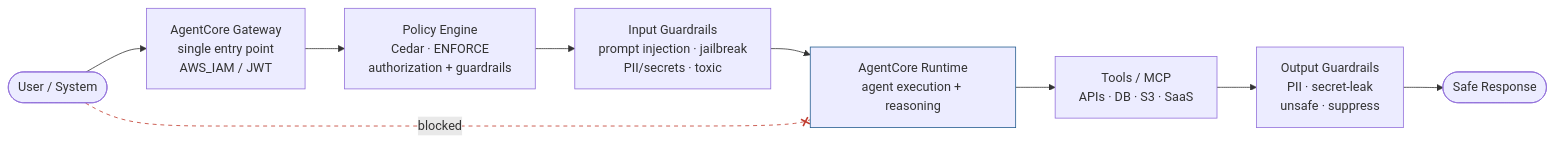
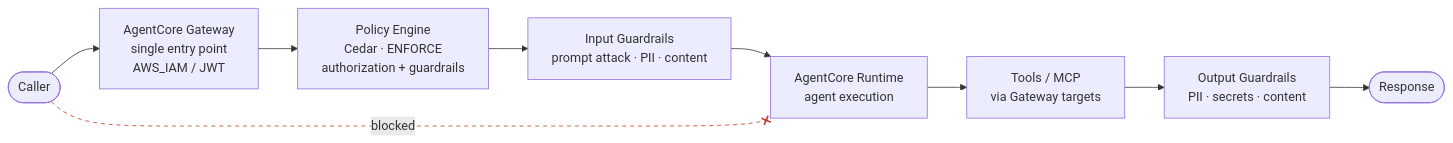
One commit to Preet2fun/ai-platform-on-aws changed the diagram in AI-PLATFORM/guardrails/README.md. Above: the diagram before and after it, drawn with Mermaid. The commit also changed other lines of this file and 26 other files, not shown here.

````diff
--- a/AI-PLATFORM/guardrails/README.md
+++ b/AI-PLATFORM/guardrails/README.md
@@ -23,13 +20,12 @@
 ```mermaid
 flowchart LR
-    U([User / System]) --> GW[AgentCore Gateway<br/>single entry point<br/>AWS_IAM / JWT]
+    U([Caller]) --> GW[AgentCore Gateway<br/>single entry point<br/>AWS_IAM / JWT]
     GW --> PE[Policy Engine<br/>Cedar · ENFORCE<br/>authorization + guardrails]
-    PE --> IG[Input Guardrails<br/>prompt injection · jailbreak<br/>PII/secrets · toxic]
-    IG --> RT[AgentCore Runtime<br/>agent execution + reasoning]
-    RT --> TL[Tools / MCP<br/>APIs · DB · S3 · SaaS]
-    TL --> OG[Output Guardrails<br/>PII · secret-leak<br/>unsafe · suppress]
-    OG --> R([Safe Response])
+    PE --> IG[Input Guardrails<br/>prompt attack · PII · content]
+    IG --> RT[AgentCore Runtime<br/>agent execution]
+    RT --> TL[Tools / MCP<br/>via Gateway targets]
+    TL --> OG[Output Guardrails<br/>PII · secrets · content]
+    OG --> R([Response])
     U -. blocked .-x RT
-    style RT stroke:#245c8f
     linkStyle 7 stroke:#c0392b,stroke-dasharray:5 5
 ```
````
